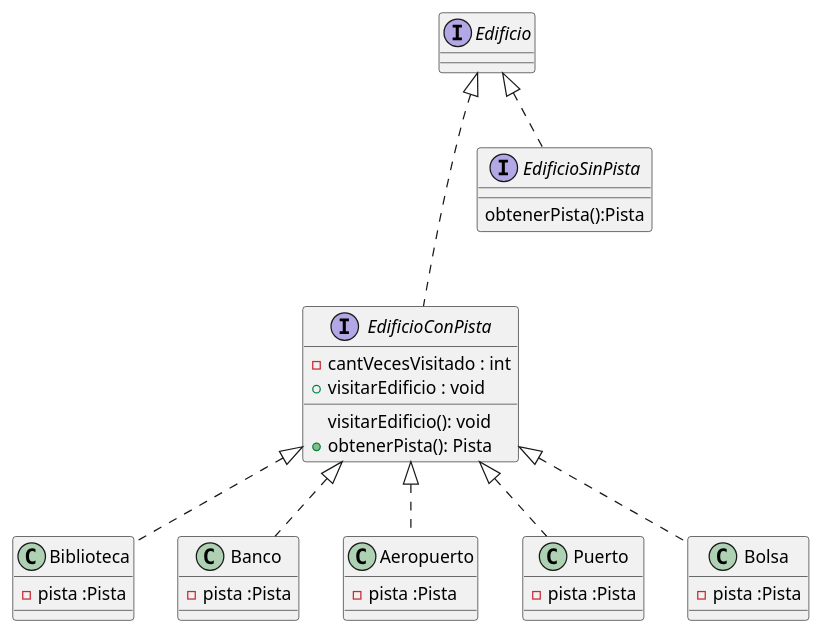
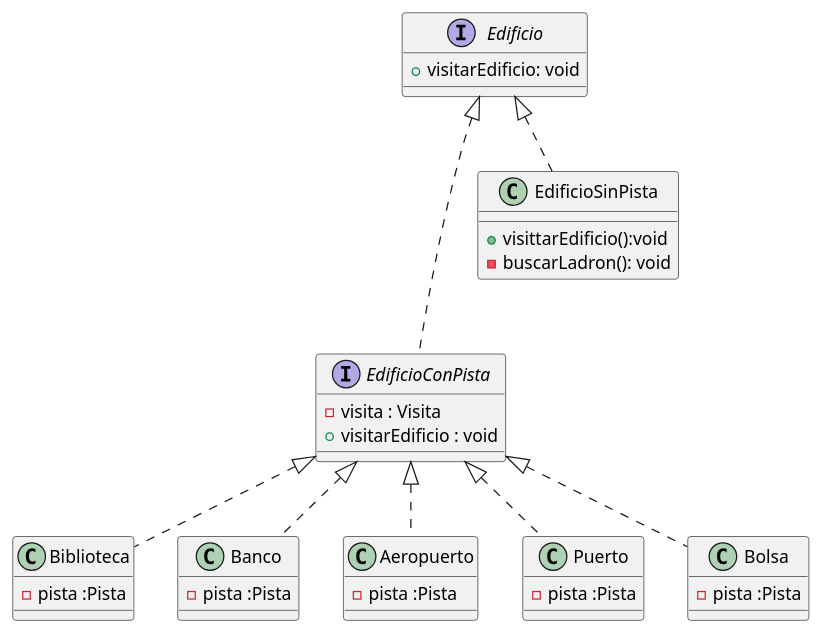
The diagram in diagrams/classes/dc_edificio.plantuml (SeleneMartinez/Algo3_AlgoThief), drawn with PlantUML before and after one commit. The commit also changed 2 other files, not shown here.

Commit message:
Modified sequence diagram ds_PoliciaEntraPorPrimeraVezAUnEdificio. Modified class diagrams edifico, ladron

```diff
--- a/diagrams/classes/dc_edificio.plantuml
+++ b/diagrams/classes/dc_edificio.plantuml
@@ -1,55 +1,52 @@
 @startuml
 
 interface Edificio
 {
-    
+    +visitarEdificio: void
 }
+
 interface EdificioConPista
 {
-    visitarEdificio(): void
+    - visita : Visita 
+    +visitarEdificio : void
 }
-interface EdificioConPista
+class EdificioSinPista
 {
-    -cantVecesVisitado : int
-    +visitarEdificio : void
-    + obtenerPista(): Pista
-}
-interface EdificioSinPista
-{
-    obtenerPista():Pista
+    +visittarEdificio():void
+    -buscarLadron(): void
 }
 
 class Biblioteca
 {
     -pista :Pista
 }
 
 class Banco
 {
     -pista :Pista
 }
 
 class Aeropuerto
 {
     -pista :Pista
 }
 class Puerto
 {
     -pista :Pista
 }
 class Bolsa
 {
     -pista :Pista
 }
 
 EdificioConPista<|.. Bolsa
 EdificioConPista<|.. Banco
 EdificioConPista<|.. Aeropuerto
 EdificioConPista<|.. Puerto
 EdificioConPista<|.. Biblioteca
 
 Edificio <|... EdificioConPista
 Edificio <|..EdificioSinPista
 
 
 @enduml
```
